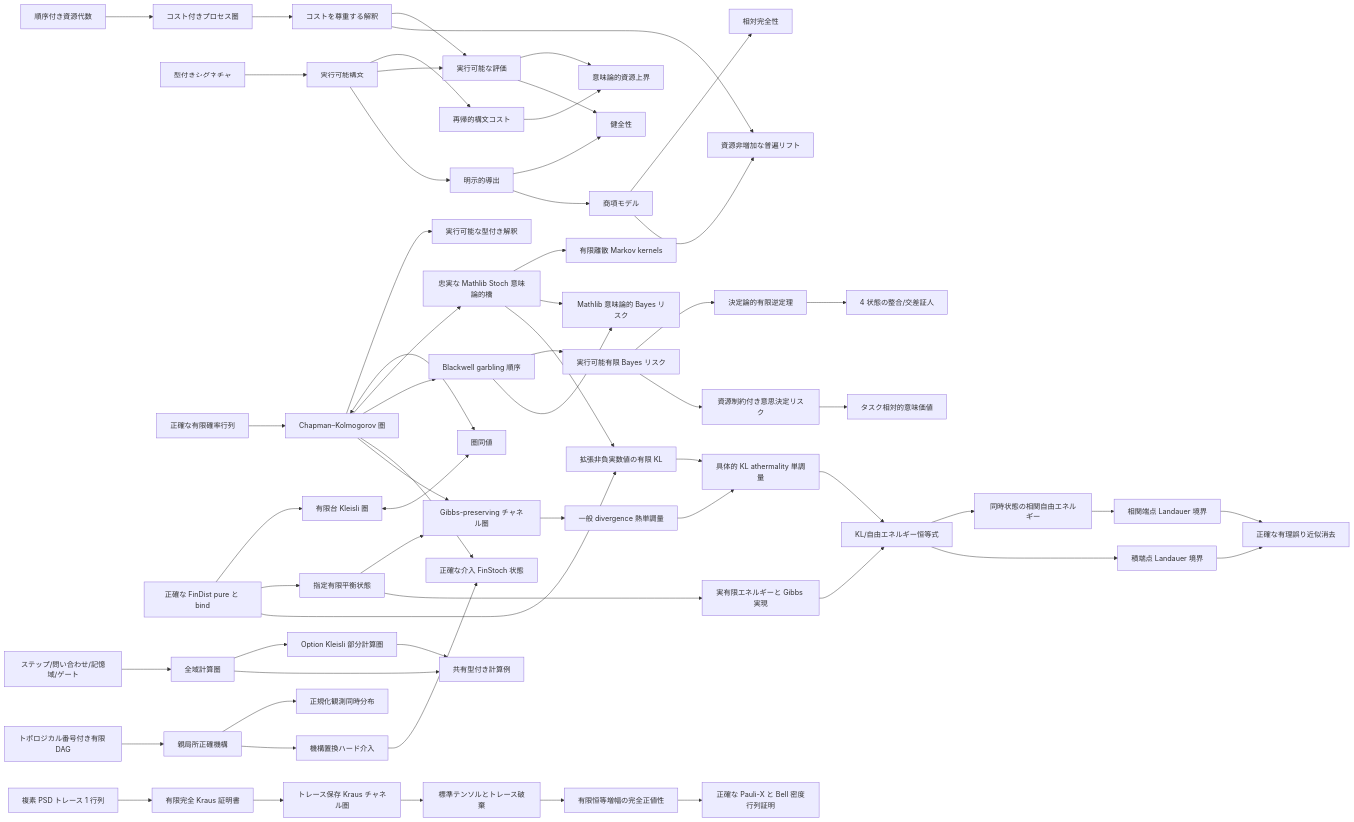
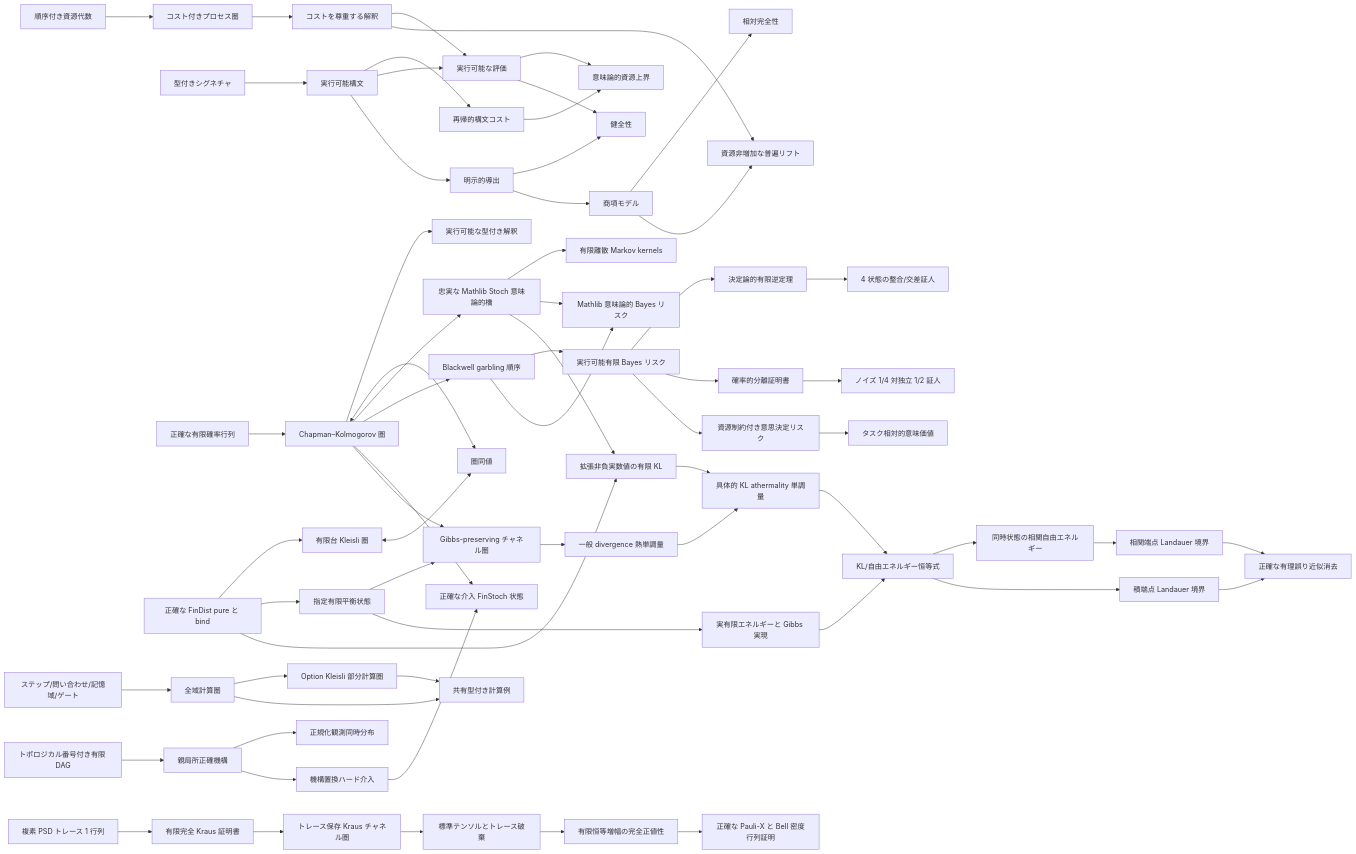
Before and after one commit to miuchan/ript: the diagram in docs/README.ja.md, drawn with Mermaid. The commit also changed other lines of this file and 13 other files, not shown here.

````diff
--- a/docs/README.ja.md
+++ b/docs/README.ja.md
@@ -995,63 +1008,65 @@
 ```mermaid
 flowchart LR
   R["順序付き資源代数"] --> C["コスト付きプロセス圏"]
   S["型付きシグネチャ"] --> X["実行可能構文"]
   X --> K["再帰的構文コスト"]
   C --> I["コストを尊重する解釈"]
   X --> E["実行可能な評価"]
   I --> E
   K --> B["意味論的資源上界"]
   E --> B
   X --> D["明示的導出"]
   D --> SO["健全性"]
   E --> SO
   D --> T["商項モデル"]
   T --> CO["相対完全性"]
   I --> U["資源非増加な普遍リフト"]
   T --> U
   F["正確な有限確率行列"] --> CK["Chapman–Kolmogorov 圏"]
   CK --> EX["実行可能な型付き解釈"]
   FD["正確な FinDist pure と bind"] --> KL["有限台 Kleisli 圏"]
   CK <--> EQ["圏同値"]
   KL <--> EQ
   CK --> ST["忠実な Mathlib Stoch 意味論的橋"]
   ST --> MT["有限離散 Markov kernels"]
   CK --> BW["Blackwell garbling 順序"]
   ST --> SB["Mathlib 意味論的 Bayes リスク"]
   BW --> FR["実行可能有限 Bayes リスク"]
   FR --> DB["決定論的有限逆定理"]
   DB --> DX["4 状態の整合/交差証人"]
+  FR --> DS["確率的分離証明書"]
+  DS --> SX["ノイズ 1/4 対独立 1/2 証人"]
   FR --> RR["資源制約付き意思決定リスク"]
   RR --> SV["タスク相対的意味価値"]
   BW --> SB
   CR["ステップ/問い合わせ/記憶域/ゲート"] --> TC["全域計算圏"]
   TC --> PC["Option Kleisli 部分計算圏"]
   TC --> CE["共有型付き計算例"]
   PC --> CE
   DAG["トポロジカル番号付き有限 DAG"] --> CM["親局所正確機構"]
   CM --> OJ["正規化観測同時分布"]
   CM --> DO["機構置換ハード介入"]
   DO --> IS["正確な介入 FinStoch 状態"]
   CK --> IS
   FD --> TE["指定有限平衡状態"]
   CK --> GP["Gibbs-preserving チャネル圏"]
   TE --> GP
   GP --> TM["一般 divergence 熱単調量"]
   FD --> FKL["拡張非負実数値の有限 KL"]
   ST --> FKL
   FKL --> KTM["具体的 KL athermality 単調量"]
   TM --> KTM
   TE --> GD["実有限エネルギーと Gibbs 実現"]
   GD --> FE["KL/自由エネルギー恒等式"]
   KTM --> FE
   FE --> Corr["同時状態の相関自由エネルギー"]
   FE --> LW["積端点 Landauer 境界"]
   Corr --> CLW["相関端点 Landauer 境界"]
   LW --> AE["正確な有理誤り近似消去"]
   CLW --> AE
   QB["複素 PSD トレース 1 行列"] --> QK["有限完全 Kraus 証明書"]
   QK --> QC["トレース保存 Kraus チャネル圏"]
   QC --> QT["標準テンソルとトレース破棄"]
   QT --> QP["有限恒等増幅の完全正値性"]
   QP --> QX["正確な Pauli-X と Bell 密度行列証明"]
 ```
````
